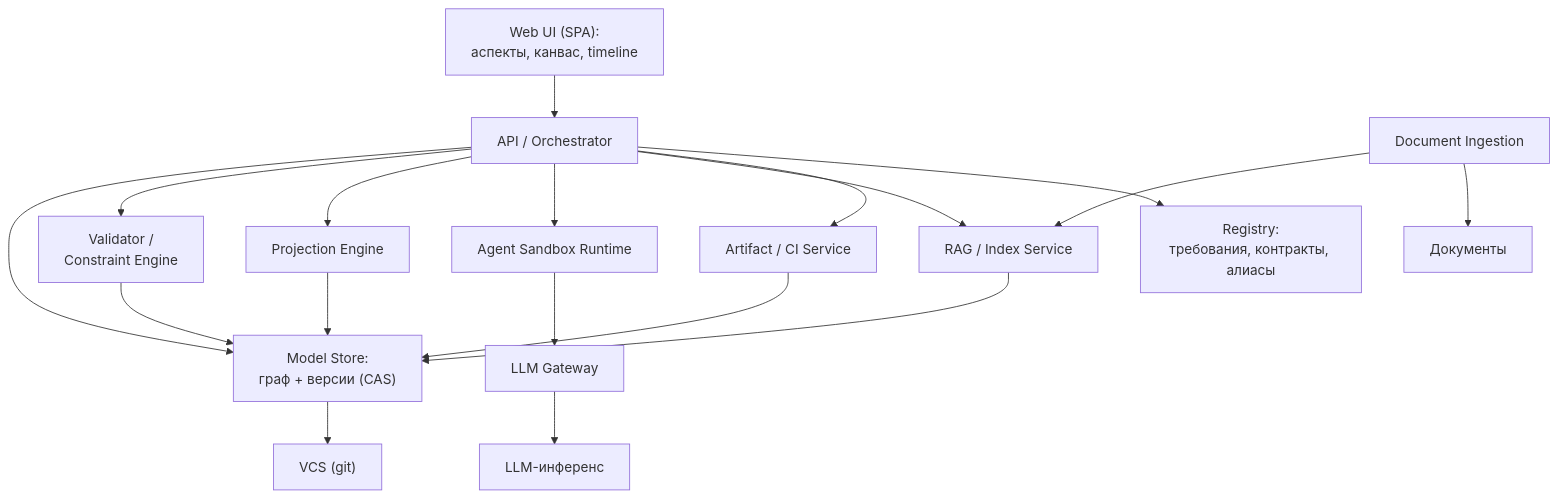
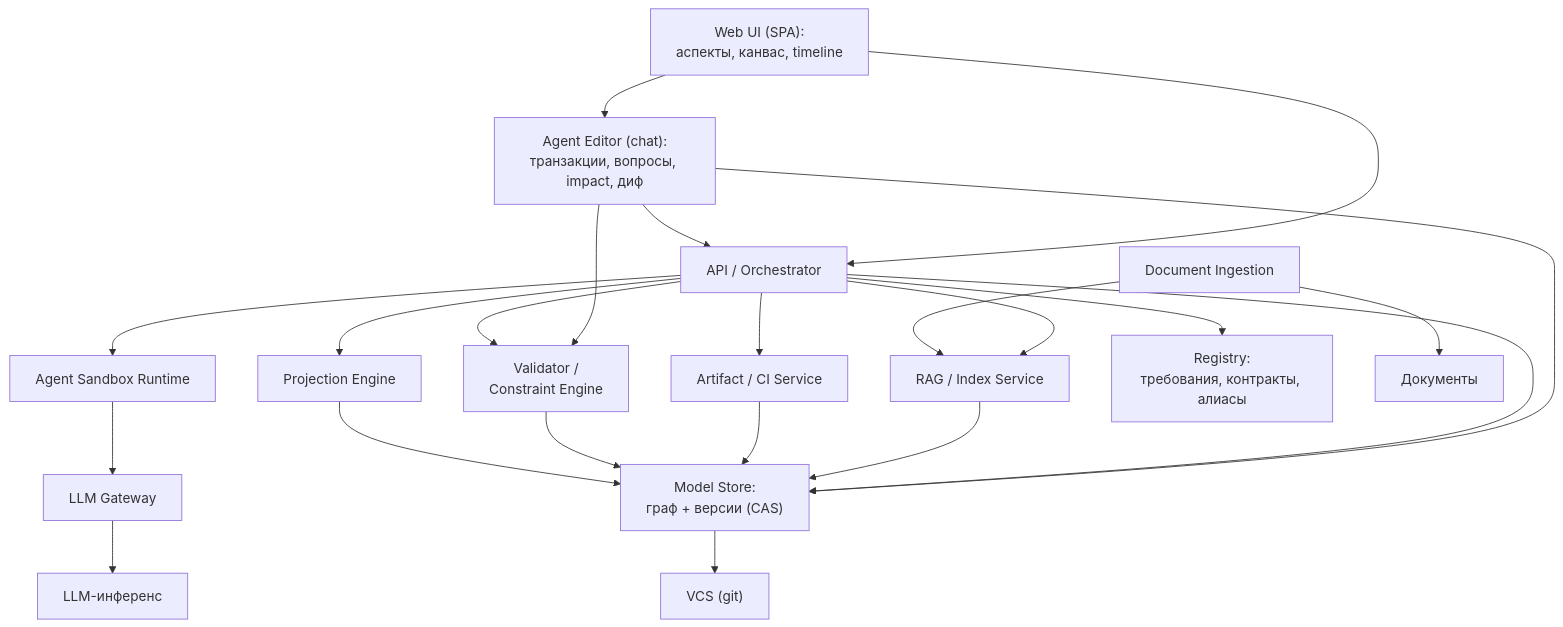
One commit to pol4/ArchIDE changed the second of 4 diagrams in ARCHITECTURE.md. Above: the diagram before and after it, drawn with Mermaid. The commit also changed other lines of this file and 2 other files, not shown here.

First line of the commit message:
docs: manual editing retained + agent consistency review

````diff
--- a/ARCHITECTURE.md
+++ b/ARCHITECTURE.md
@@ -40,32 +40,37 @@
 ```mermaid
 graph TD
   UI["Web UI (SPA):<br/>аспекты, канвас, timeline"]
+  EDIT["Agent Editor (chat):<br/>транзакции, вопросы, impact, диф"]
   API["API / Orchestrator"]
   MS["Model Store:<br/>граф + версии (CAS)"]
   VAL["Validator /<br/>Constraint Engine"]
   PROJ["Projection Engine"]
   SBX["Agent Sandbox Runtime"]
   GW["LLM Gateway"]
   RAG["RAG / Index Service"]
   ING["Document Ingestion"]
   ART["Artifact / CI Service"]
   REG["Registry:<br/>требования, контракты, алиасы"]
 
   UI --> API
+  UI --> EDIT
+  EDIT --> API
+  EDIT --> VAL
+  EDIT --> MS
   API --> MS
   API --> VAL
   API --> PROJ
   API --> SBX
   API --> RAG
   API --> ART
   API --> REG
   SBX --> GW
   GW --> LLM["LLM-инференс"]
   RAG --> MS
   ING --> RAG
   ING --> DOCS["Документы"]
   ART --> MS
   VAL --> MS
   PROJ --> MS
   MS --> VCS["VCS (git)"]
 ```
````
